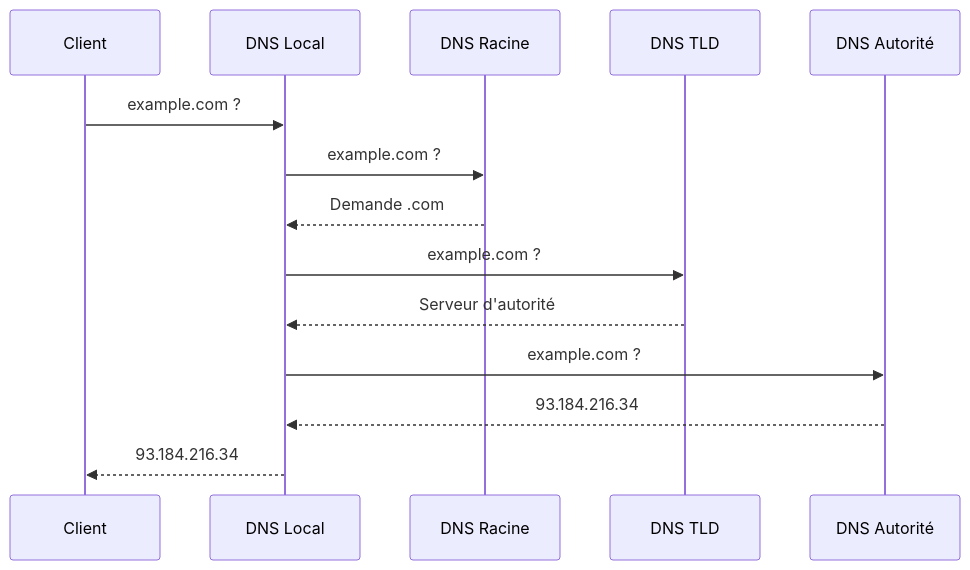
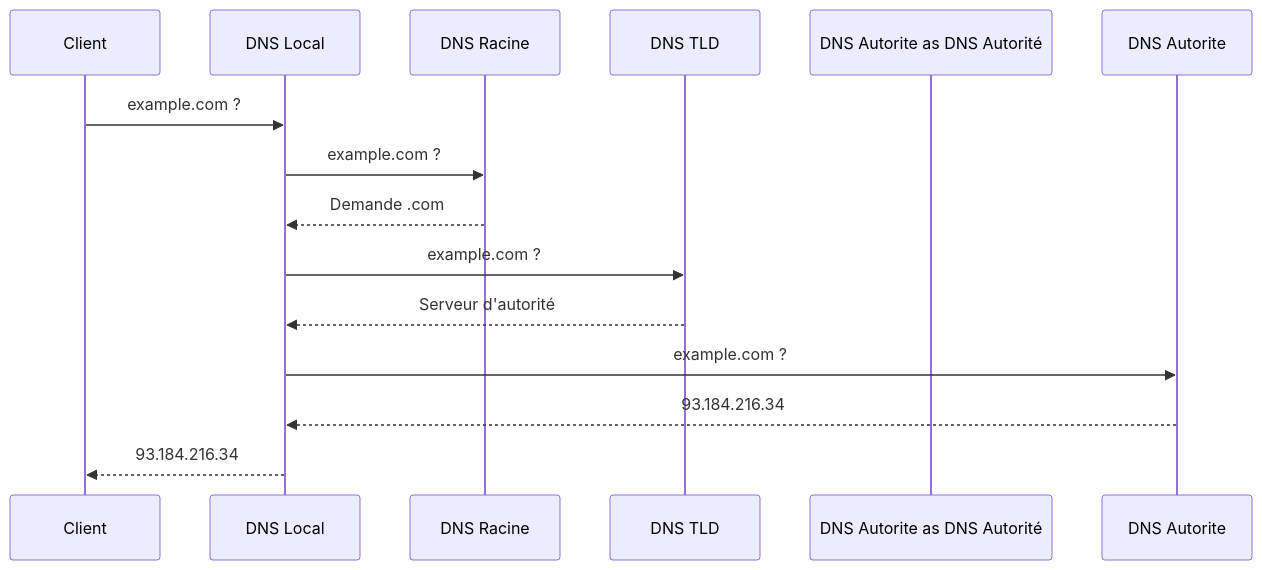
Before and after one commit to zyrass/omnydocs: the second of 5 diagrams in docs/bases/reseaux/liste-protocoles.md, drawn with Mermaid. The commit also changed other lines of this file and 723 other files, not shown here.

````diff
--- a/docs/bases/reseaux/liste-protocoles.md
+++ b/docs/bases/reseaux/liste-protocoles.md
@@ -534,17 +431,17 @@
 ```mermaid
 sequenceDiagram
     participant Client
     participant DNS Local
     participant DNS Racine
     participant DNS TLD
-    participant DNS Autorité
-    
+    participant DNS Autorite as DNS Autorité
+
     Client->>DNS Local: example.com ?
     DNS Local->>DNS Racine: example.com ?
     DNS Racine-->>DNS Local: Demande .com
     DNS Local->>DNS TLD: example.com ?
     DNS TLD-->>DNS Local: Serveur d'autorité
-    DNS Local->>DNS Autorité: example.com ?
-    DNS Autorité-->>DNS Local: 93.184.216.34
+    DNS Local->>DNS Autorite: example.com ?
+    DNS Autorite-->>DNS Local: 93.184.216.34
     DNS Local-->>Client: 93.184.216.34
 ```
````
